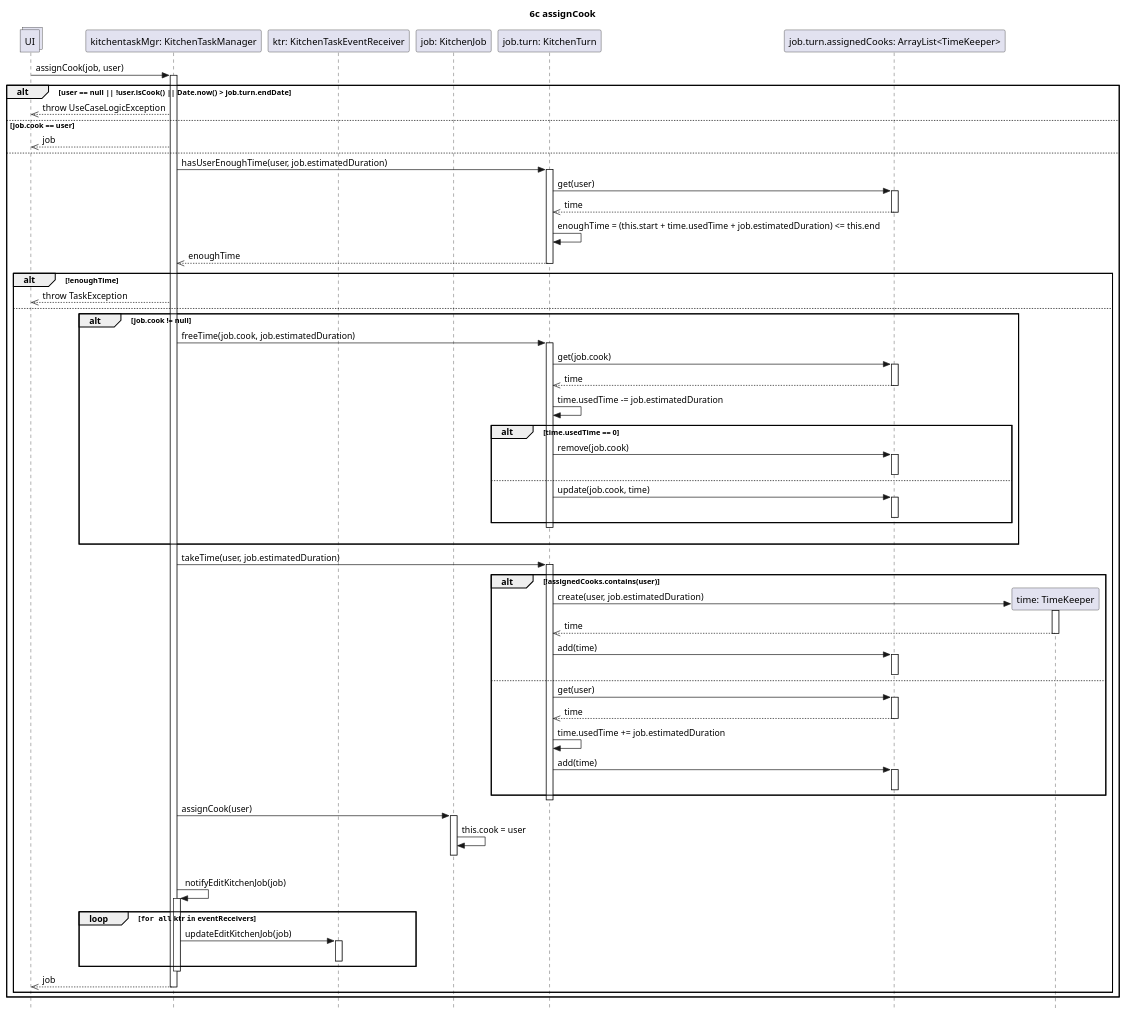
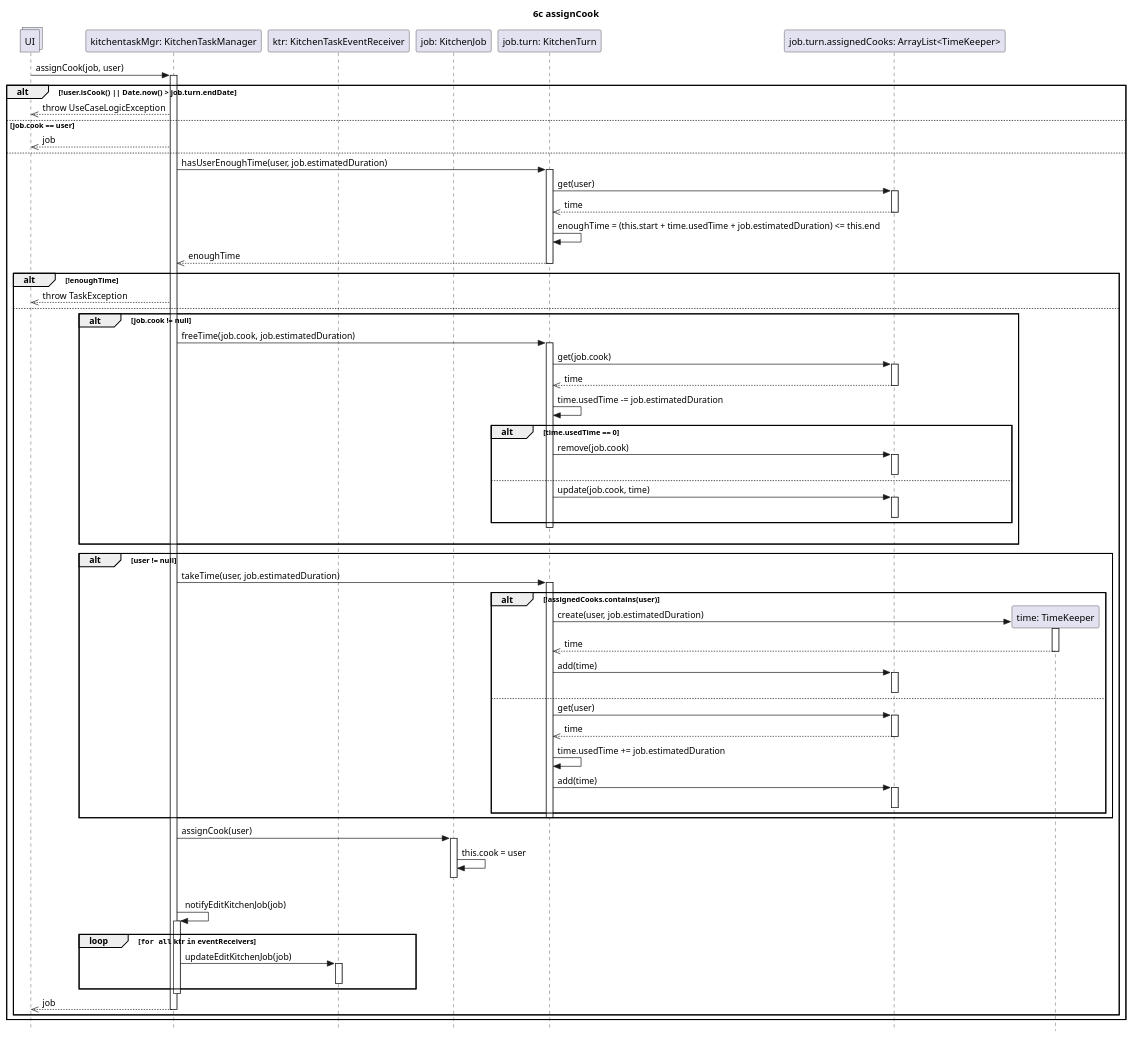
Before and after one commit to stefa168/sas-project: the diagram in UP/Progettazione/UC Gestire Compiti Cucina/DSD/DSD Operazione 6c.puml, drawn with PlantUML.

Commit message:
Corretti errori dei contratti

```diff
--- a/UP/Progettazione/UC Gestire Compiti Cucina/DSD/DSD Operazione 6c.puml
+++ b/UP/Progettazione/UC Gestire Compiti Cucina/DSD/DSD Operazione 6c.puml
@@ -1,110 +1,112 @@
 @startuml
 skinparam Style strictuml
 
 title 6c assignCook
 
 collections UI
 
 participant "kitchentaskMgr: KitchenTaskManager" as ktm
 participant "ktr: KitchenTaskEventReceiver" as ktr
 participant "job: KitchenJob" as job
 participant "job.turn: KitchenTurn" as turn
 participant "job.turn.assignedCooks: ArrayList<TimeKeeper>" as cooks
 
 UI -> ktm: assignCook(job, user)
 activate ktm
-alt user == null || !user.isCook() || Date.now() > job.turn.endDate
+alt !user.isCook() || Date.now() > job.turn.endDate
     UI <<-- ktm: throw UseCaseLogicException
 else job.cook == user
     UI <<-- ktm: job
 else
     ktm -> turn: hasUserEnoughTime(user, job.estimatedDuration)
     activate turn
 
     turn -> cooks: get(user)
     activate cooks
     turn <<--cooks: time
     deactivate cooks
 
     turn -> turn: enoughTime = (this.start + time.usedTime + job.estimatedDuration) <= this.end
 
     ktm <<-- turn: enoughTime
     deactivate turn
 
     alt !enoughTime
         UI <<-- ktm: throw TaskException
     else
         alt job.cook != null
             ktm -> turn: freeTime(job.cook, job.estimatedDuration)
             activate turn
-            turn -> cooks: get(job.cook)
-            activate cooks
-            turn <<-- cooks: time
-            deactivate cooks
+                turn -> cooks: get(job.cook)
+                activate cooks
+                turn <<-- cooks: time
+                deactivate cooks
 
-            turn -> turn: time.usedTime -= job.estimatedDuration
+                turn -> turn: time.usedTime -= job.estimatedDuration
 
-            ' se per caso liberando del tempo ci accorgiamo che il TimeKeeper è vuoto, cancelliamolo.
-            alt time.usedTime == 0
-                turn -> cooks: remove(job.cook)
+                ' se per caso liberando del tempo ci accorgiamo che il TimeKeeper è vuoto, cancelliamolo.
+                alt time.usedTime == 0
+                    turn -> cooks: remove(job.cook)
+                    activate cooks
+                    deactivate cooks
+                ' altrimenti aggiorniamo il tempo.
+                else
+                    turn -> cooks: update(job.cook, time)
+                    activate cooks
+                    deactivate cooks
+                end
+            deactivate turn
+            |||
+        end
+
+        alt user != null
+            ktm -> turn: takeTime(user, job.estimatedDuration)
+            activate turn
+
+            participant "time: TimeKeeper" as newTime
+
+            ' potrebbe trattarsi del primo incarico assegnato all cuoco in questo turno.
+            alt !assignedCooks.contains(user)
+                turn -> newTime**: create(user, job.estimatedDuration)
+                activate newTime
+                turn <<-- newTime: time
+                deactivate newTime
+
+                turn -> cooks: add(time)
                 activate cooks
                 deactivate cooks
-            ' altrimenti aggiorniamo il tempo.
             else
-                turn -> cooks: update(job.cook, time)
+                turn -> cooks: get(user)
+                activate cooks
+                turn <<-- cooks: time
+                deactivate cooks
+                turn -> turn: time.usedTime += job.estimatedDuration
+
+                turn -> cooks: add(time)
                 activate cooks
                 deactivate cooks
             end
             deactivate turn
-            |||
         end
-
-        ktm -> turn: takeTime(user, job.estimatedDuration)
-        activate turn
-
-        participant "time: TimeKeeper" as newTime
-
-        ' potrebbe trattarsi del primo incarico assegnato all cuoco in questo turno.
-        alt !assignedCooks.contains(user)
-            turn -> newTime**: create(user, job.estimatedDuration)
-            activate newTime
-            turn <<-- newTime: time
-            deactivate newTime
-
-            turn -> cooks: add(time)
-            activate cooks
-            deactivate cooks
-        else
-            turn -> cooks: get(user)
-            activate cooks
-            turn <<-- cooks: time
-            deactivate cooks
-            turn -> turn: time.usedTime += job.estimatedDuration
-
-            turn -> cooks: add(time)
-            activate cooks
-            deactivate cooks
-        end
-        deactivate turn
 
         ktm -> job: assignCook(user)
         activate job
         job -> job: this.cook = user
         ktm <[hidden]-- job:
         deactivate job
 
         |||
         ktm -> ktm: notifyEditKitchenJob(job)
         activate ktm
         loop ""for all"" ktr ""in"" eventReceivers
             ktm -> ktr : updateEditKitchenJob(job)
             activate ktr
             deactivate ktr
         end
         deactivate ktm
 
         UI <<-- ktm: job
         deactivate ktm
         end
 end
 @enduml
```
